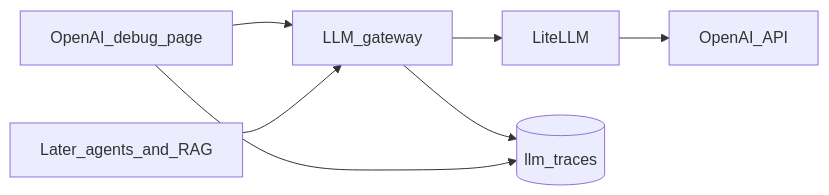
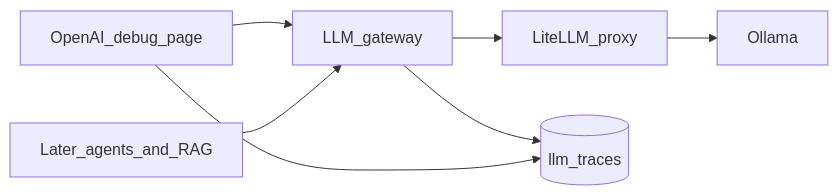
One commit to AhsanZak/NexusAI changed the diagram in docs/LLM_GATEWAY.md. Above: the diagram before and after it, drawn with Mermaid. The commit also changed other lines of this file and 31 other files, not shown here.

First line of the commit message:
feat: demonstrate OpenFGA checks and route chat through LiteLLM

````diff
--- a/docs/LLM_GATEWAY.md
+++ b/docs/LLM_GATEWAY.md
@@ -5,15 +5,15 @@
 ```mermaid
 flowchart LR
   DebugPage[OpenAI_debug_page]
   FutureCallers[Later_agents_and_RAG]
   Gateway[LLM_gateway]
-  LiteLLM[LiteLLM]
-  OpenAI[OpenAI_API]
+  LiteLLM[LiteLLM_proxy]
+  Ollama[Ollama]
   TraceStore[(llm_traces)]
   DebugPage --> Gateway
   FutureCallers --> Gateway
   Gateway --> LiteLLM
-  LiteLLM --> OpenAI
+  LiteLLM --> Ollama
   Gateway --> TraceStore
   DebugPage --> TraceStore
 ```
````
